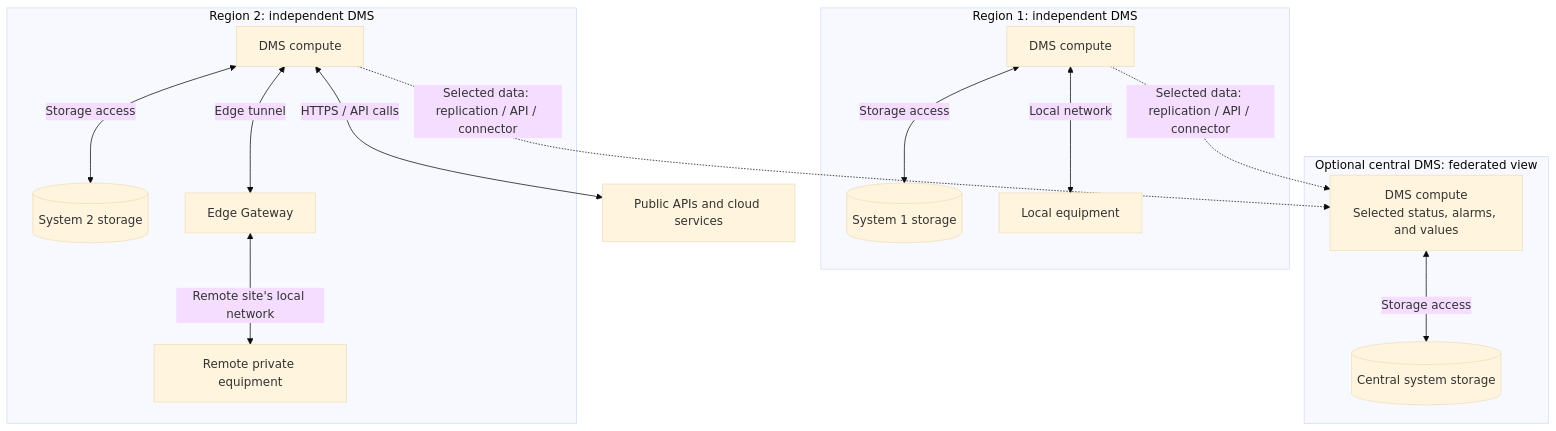
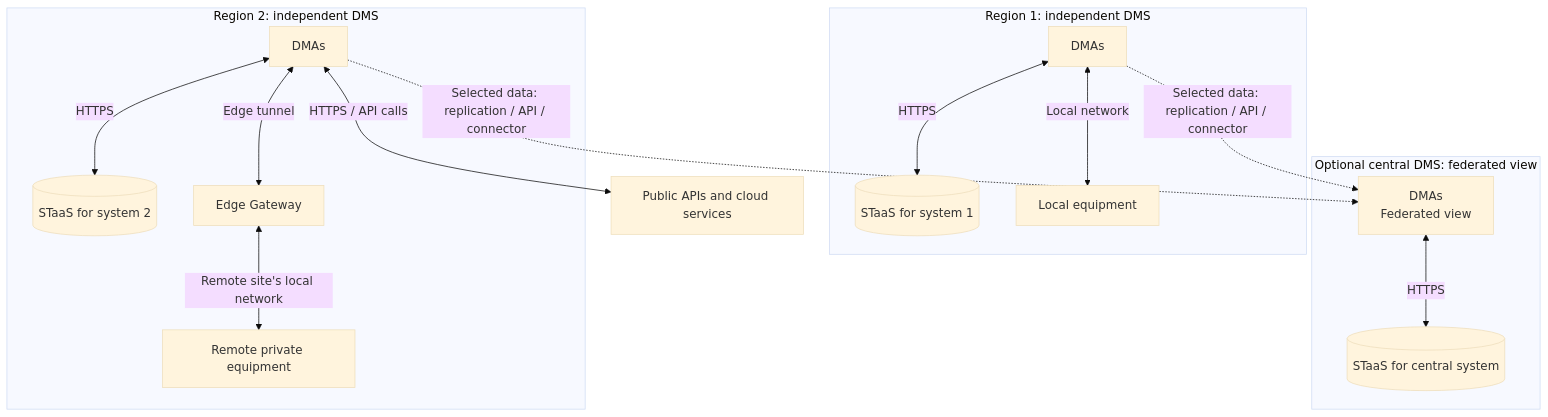
One commit to SkylineCommunications/dataminer-docs changed the diagram in dataminer/About_DataMiner/System_architectures/Topologies/Architecture_multiple_systems.md. Above: the diagram before and after it, drawn with Mermaid (base theme). The commit also changed other lines of this file and 6 other files, not shown here.

First line of the commit message:
Simplify DataMiner topology diagrams

````diff
--- a/dataminer/About_DataMiner/System_architectures/Topologies/Architecture_multiple_systems.md
+++ b/dataminer/About_DataMiner/System_architectures/Topologies/Architecture_multiple_systems.md
@@ -31,28 +31,28 @@
 ```mermaid
 flowchart TB
     subgraph R1["Region 1: independent DMS"]
-        A["DMS compute"]
-        SA[("System 1 storage")]
+        A["DMAs"]
+        SA[("STaaS for system 1")]
         EA["Local equipment"]
-        A <-->|"Storage access"| SA
+        A <-->|"HTTPS"| SA
         A <-->|"Local network"| EA
     end
     subgraph R2["Region 2: independent DMS"]
-        B["DMS compute"]
-        SB[("System 2 storage")]
+        B["DMAs"]
+        SB[("STaaS for system 2")]
         G["Edge Gateway"]
         EB["Remote private equipment"]
-        B <-->|"Storage access"| SB
+        B <-->|"HTTPS"| SB
         B <-->|"Edge tunnel"| G
         G <-->|"Remote site's local network"| EB
     end
     subgraph Central["Optional central DMS: federated view"]
-        C["DMS compute<br/>Selected status, alarms, and values"]
-        SC[("Central system storage")]
-        C <-->|"Storage access"| SC
+        C["DMAs<br/>Federated view"]
+        SC[("STaaS for central system")]
+        C <-->|"HTTPS"| SC
     end
     P["Public APIs and cloud services"]
     B <-->|"HTTPS / API calls"| P
     A -.->|"Selected data: replication / API / connector"| C
     B -.->|"Selected data: replication / API / connector"| C
 ```
````
